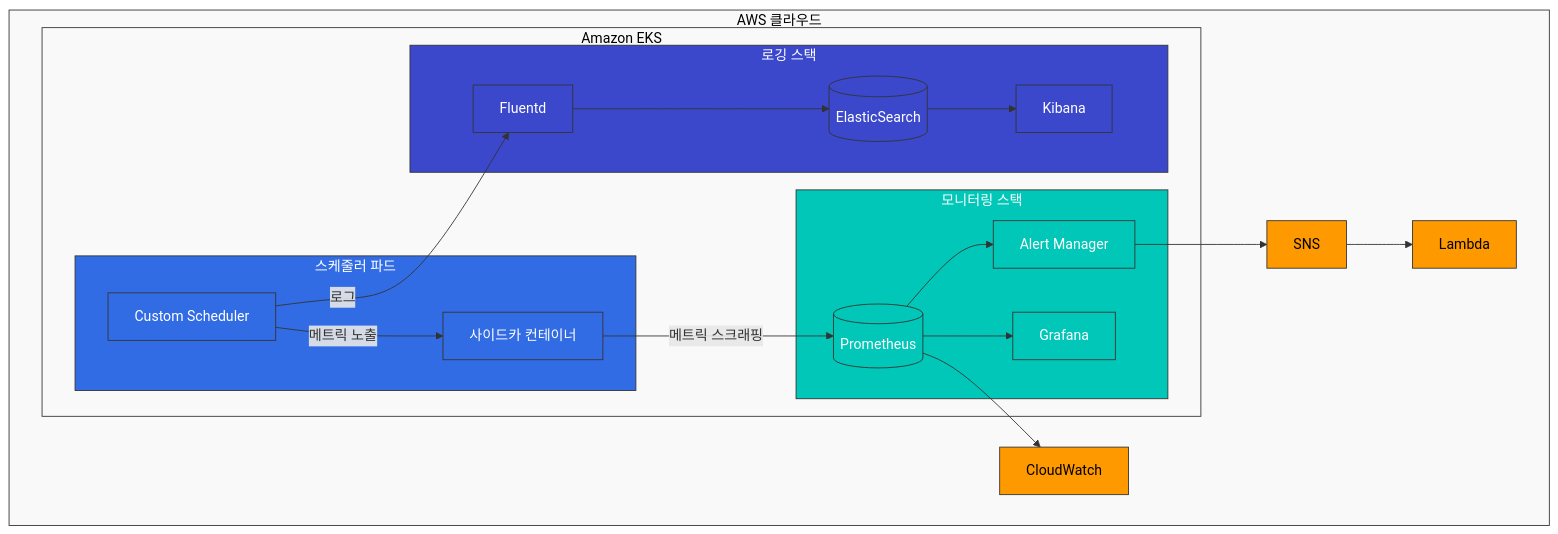
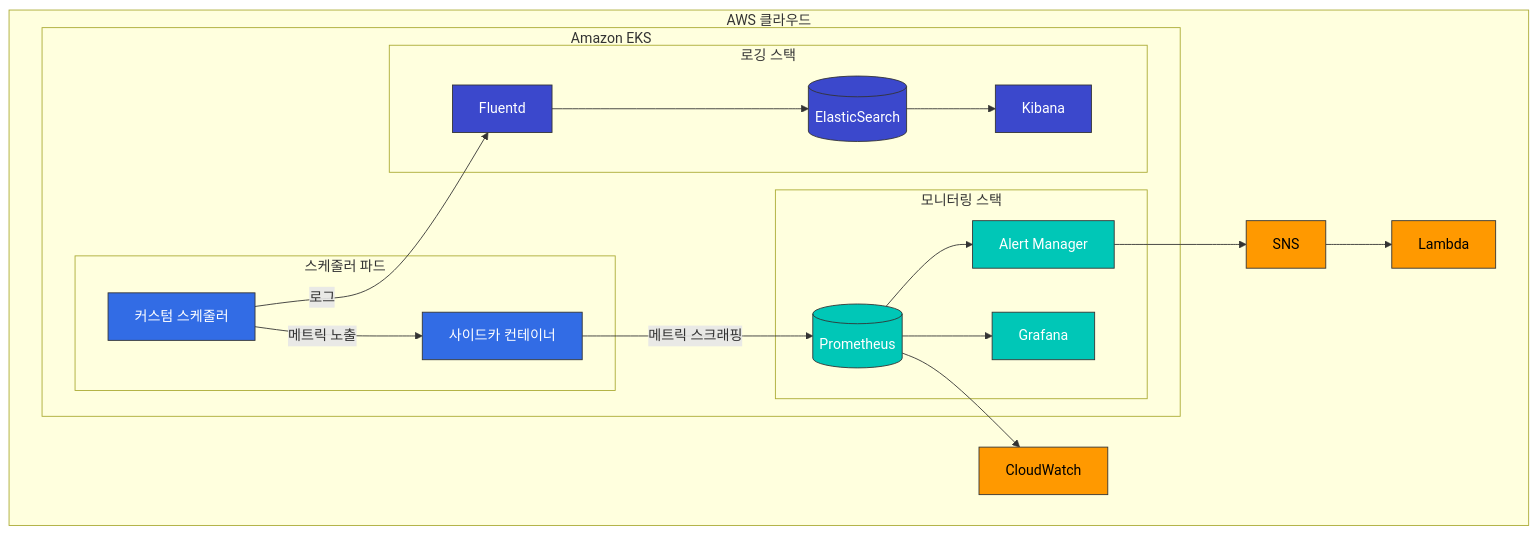
The fifth of 6 diagrams in advanced/02-custom-scheduler-part3.md (Atom-oh/kubernetes-docs), drawn with Mermaid before and after one commit. The commit also changed other lines of this file and 1 other file, not shown here.

Commit message:
Fix mermaid diagrams by removing style applications from subgraphs and fixing code blocks

````diff
--- a/advanced/02-custom-scheduler-part3.md
+++ b/advanced/02-custom-scheduler-part3.md
@@ -561,50 +398,48 @@
 ```mermaid
 flowchart TD
     subgraph AWS [AWS 클라우드]
         subgraph EKS [Amazon EKS]
             subgraph SchedulerPods [스케줄러 파드]
-                CustomScheduler[Custom Scheduler]
+                CustomScheduler[커스텀 스케줄러]
                 SchedulerSidecar[사이드카 컨테이너]
             end
             
             subgraph MonitoringStack [모니터링 스택]
                 Prometheus[(Prometheus)]
                 AlertManager[Alert Manager]
                 Grafana[Grafana]
             end
             
             subgraph LoggingStack [로깅 스택]
                 Fluentd[Fluentd]
                 ElasticSearch[(ElasticSearch)]
                 Kibana[Kibana]
             end
         end
         
         CloudWatch[CloudWatch]
         SNS[SNS]
         Lambda[Lambda]
     end
     
     CustomScheduler -- 메트릭 노출 --> SchedulerSidecar
     SchedulerSidecar -- 메트릭 스크래핑 --> Prometheus
     CustomScheduler -- 로그 --> Fluentd
     Fluentd --> ElasticSearch
     ElasticSearch --> Kibana
     Prometheus --> AlertManager
     AlertManager --> SNS
     Prometheus --> Grafana
     Prometheus --> CloudWatch
     SNS --> Lambda
     
     classDef awsService fill:#FF9900,stroke:#333,stroke-width:1px,color:black;
     classDef k8sComponent fill:#326CE5,stroke:#333,stroke-width:1px,color:white;
     classDef monitoringComponent fill:#00C7B7,stroke:#333,stroke-width:1px,color:white;
     classDef loggingComponent fill:#3B48CC,stroke:#333,stroke-width:1px,color:white;
-    classDef default fill:#f9f9f9,stroke:#333,stroke-width:1px,color:black;
     
     class CloudWatch,SNS,Lambda awsService;
-    class CustomScheduler,SchedulerSidecar,SchedulerPods k8sComponent;
-    class Prometheus,AlertManager,Grafana,MonitoringStack monitoringComponent;
-    class Fluentd,ElasticSearch,Kibana,LoggingStack loggingComponent;
-    class AWS,EKS default;
+    class CustomScheduler,SchedulerSidecar k8sComponent;
+    class Prometheus,AlertManager,Grafana monitoringComponent;
+    class Fluentd,ElasticSearch,Kibana loggingComponent;
 ```
````
